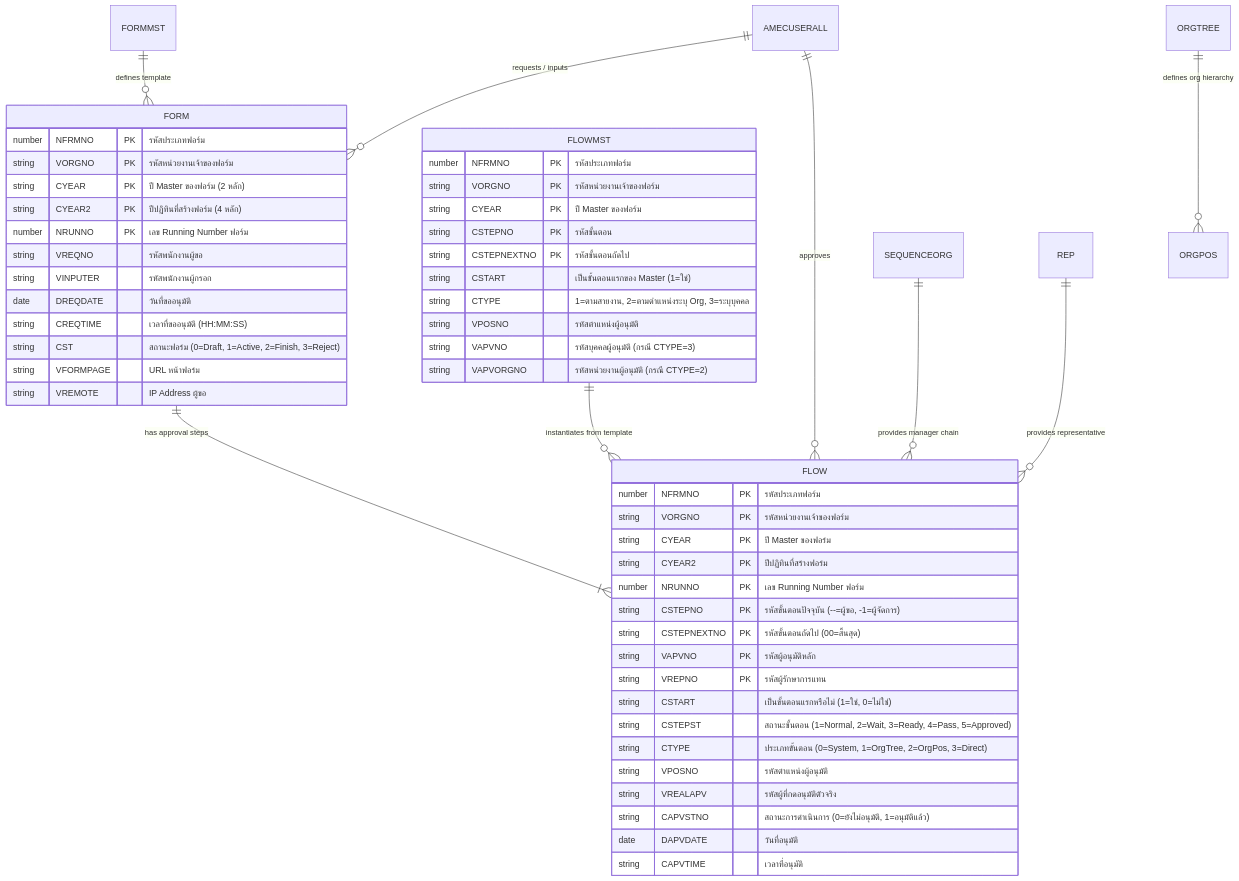
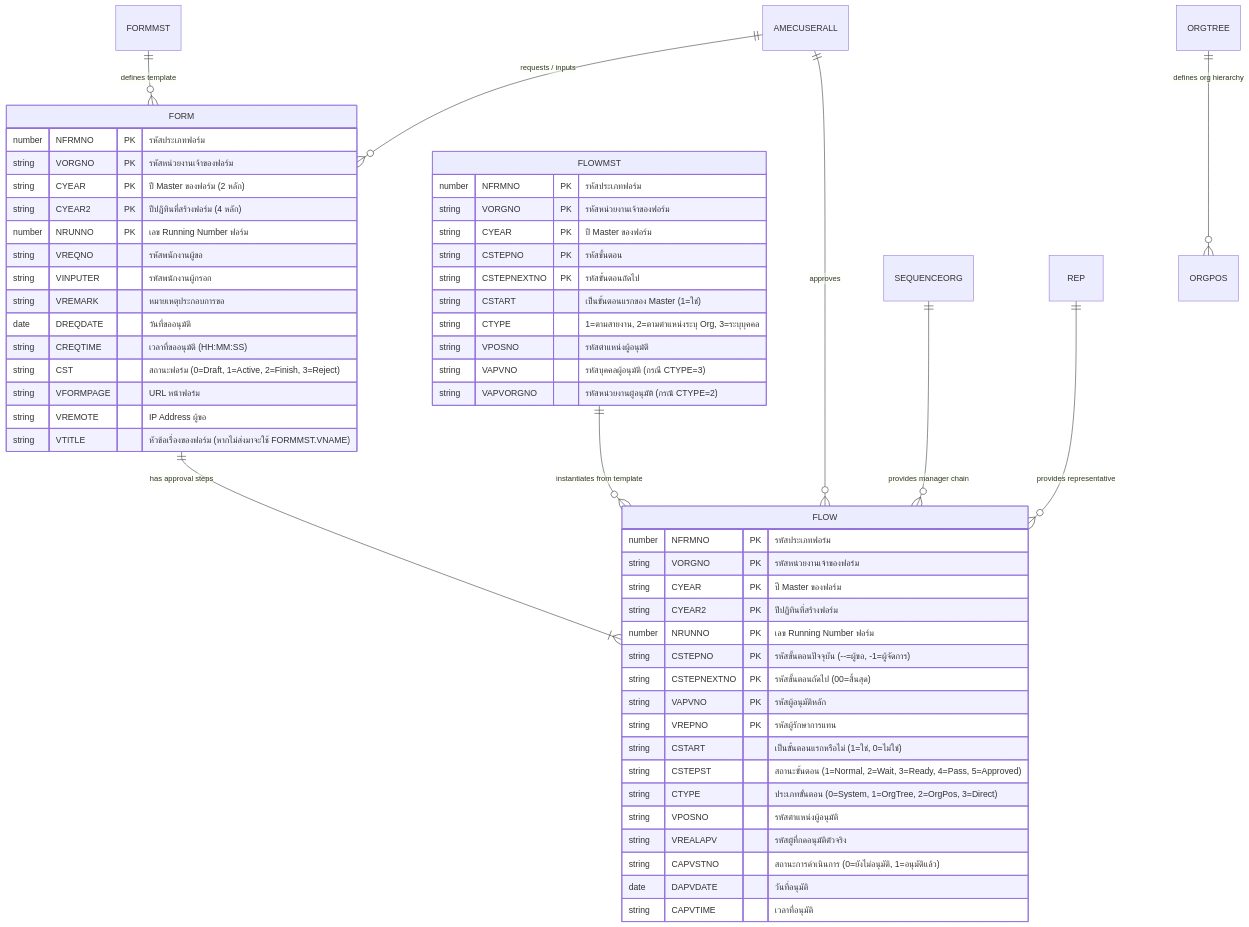
Before and after one commit to mconthelock/nestjs: the second of 4 diagrams in docs/webflow/create-form-flow.md, drawn with Mermaid. The commit also changed other lines of this file and 4 other files, not shown here.

````diff
--- a/docs/webflow/create-form-flow.md
+++ b/docs/webflow/create-form-flow.md
@@ -54,59 +54,61 @@
 ```mermaid
 erDiagram
     FORMMST ||--o{ FORM : "defines template"
     FORM ||--|{ FLOW : "has approval steps"
     FLOWMST ||--o{ FLOW : "instantiates from template"
     AMECUSERALL ||--o{ FORM : "requests / inputs"
     AMECUSERALL ||--o{ FLOW : "approves"
     ORGTREE ||--o{ ORGPOS : "defines org hierarchy"
     SEQUENCEORG ||--o{ FLOW : "provides manager chain"
     REP ||--o{ FLOW : "provides representative"
 
     FORM {
         number NFRMNO PK "รหัสประเภทฟอร์ม"
         string VORGNO PK "รหัสหน่วยงานเจ้าของฟอร์ม"
         string CYEAR PK "ปี Master ของฟอร์ม (2 หลัก)"
         string CYEAR2 PK "ปีปฏิทินที่สร้างฟอร์ม (4 หลัก)"
         number NRUNNO PK "เลข Running Number ฟอร์ม"
         string VREQNO "รหัสพนักงานผู้ขอ"
         string VINPUTER "รหัสพนักงานผู้กรอก"
+        string VREMARK "หมายเหตุประกอบการขอ"
         date DREQDATE "วันที่ขออนุมัติ"
         string CREQTIME "เวลาที่ขออนุมัติ (HH:MM:SS)"
         string CST "สถานะฟอร์ม (0=Draft, 1=Active, 2=Finish, 3=Reject)"
         string VFORMPAGE "URL หน้าฟอร์ม"
         string VREMOTE "IP Address ผู้ขอ"
+        string VTITLE "หัวข้อเรื่องของฟอร์ม (หากไม่ส่งมาจะใช้ FORMMST.VNAME)"
     }
 
     FLOW {
         number NFRMNO PK "รหัสประเภทฟอร์ม"
         string VORGNO PK "รหัสหน่วยงานเจ้าของฟอร์ม"
         string CYEAR PK "ปี Master ของฟอร์ม"
         string CYEAR2 PK "ปีปฏิทินที่สร้างฟอร์ม"
         number NRUNNO PK "เลข Running Number ฟอร์ม"
         string CSTEPNO PK "รหัสขั้นตอนปัจจุบัน (--=ผู้ขอ, -1=ผู้จัดการ)"
         string CSTEPNEXTNO PK "รหัสขั้นตอนถัดไป (00=สิ้นสุด)"
         string VAPVNO PK "รหัสผู้อนุมัติหลัก"
         string VREPNO PK "รหัสผู้รักษาการแทน"
         string CSTART "เป็นขั้นตอนแรกหรือไม่ (1=ใช่, 0=ไม่ใช่)"
         string CSTEPST "สถานะขั้นตอน (1=Normal, 2=Wait, 3=Ready, 4=Pass, 5=Approved)"
         string CTYPE "ประเภทขั้นตอน (0=System, 1=OrgTree, 2=OrgPos, 3=Direct)"
         string VPOSNO "รหัสตำแหน่งผู้อนุมัติ"
         string VREALAPV "รหัสผู้ที่กดอนุมัติตัวจริง"
         string CAPVSTNO "สถานะการดำเนินการ (0=ยังไม่อนุมัติ, 1=อนุมัติแล้ว)"
         date DAPVDATE "วันที่อนุมัติ"
         string CAPVTIME "เวลาที่อนุมัติ"
     }
 
     FLOWMST {
         number NFRMNO PK "รหัสประเภทฟอร์ม"
         string VORGNO PK "รหัสหน่วยงานเจ้าของฟอร์ม"
         string CYEAR PK "ปี Master ของฟอร์ม"
         string CSTEPNO PK "รหัสขั้นตอน"
         string CSTEPNEXTNO PK "รหัสขั้นตอนถัดไป"
         string CSTART "เป็นขั้นตอนแรกของ Master (1=ใช่)"
         string CTYPE "1=ตามสายงาน, 2=ตามตำแหน่งระบุ Org, 3=ระบุบุคคล"
         string VPOSNO "รหัสตำแหน่งผู้อนุมัติ"
         string VAPVNO "รหัสบุคคลผู้อนุมัติ (กรณี CTYPE=3)"
         string VAPVORGNO "รหัสหน่วยงานผู้อนุมัติ (กรณี CTYPE=2)"
     }
 ```
````
